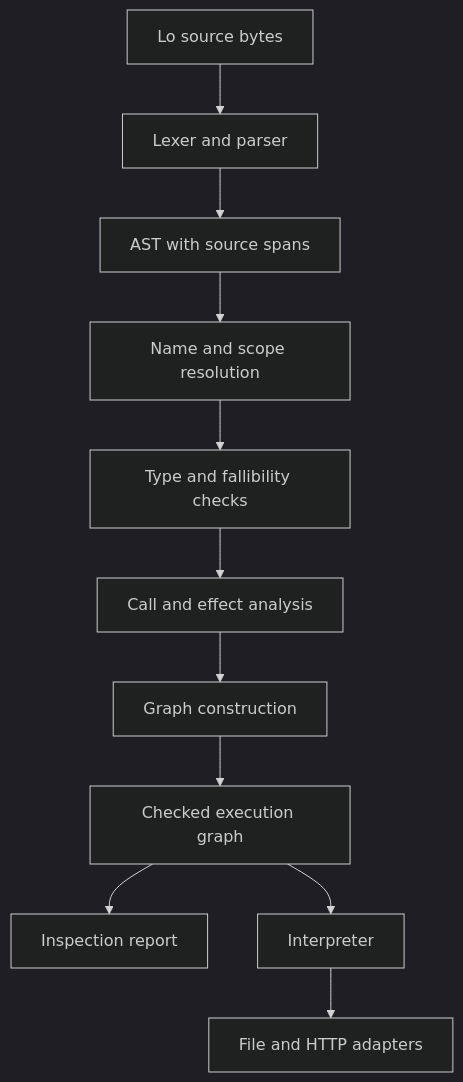
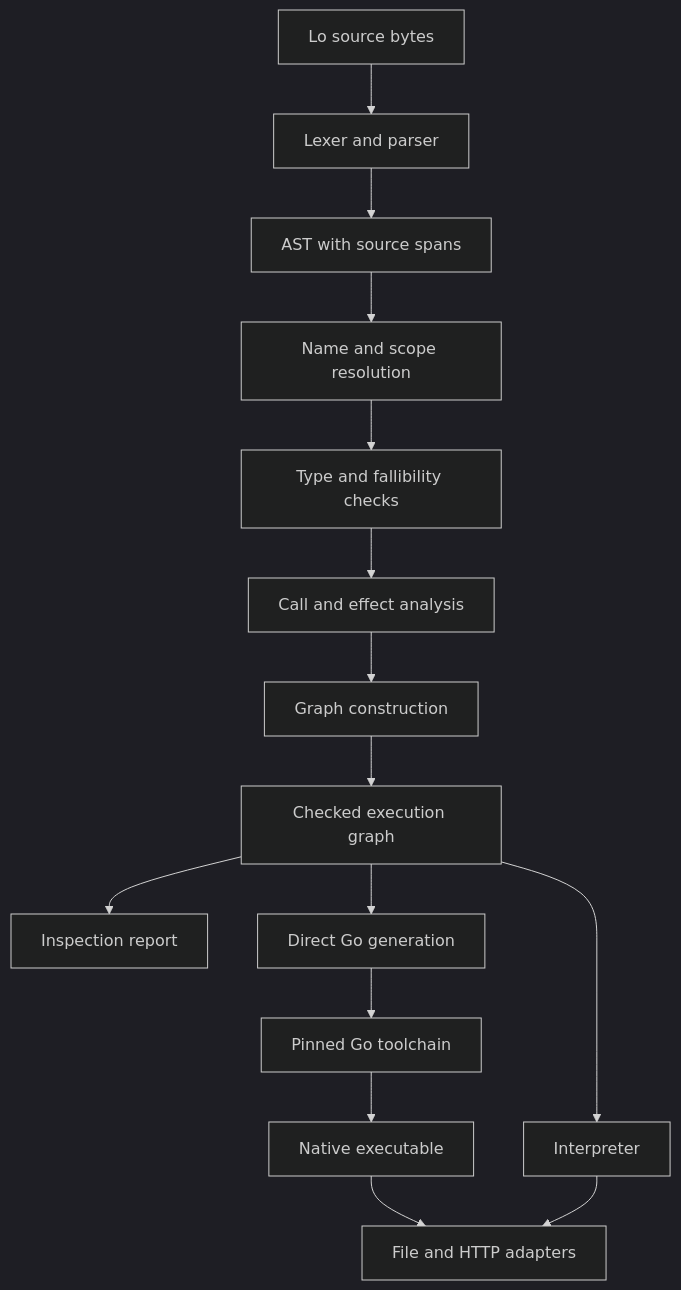
One commit to tyemirov/Lo changed the diagram in docs/compiler-design.md. Above: the diagram before and after it, drawn with Mermaid (dark theme). The commit also changed other lines of this file and 5 other files, not shown here.

````diff
--- a/docs/compiler-design.md
+++ b/docs/compiler-design.md
@@ -115,13 +115,17 @@
 ```mermaid
 flowchart TD
     Source[Lo source bytes] --> Parse[Lexer and parser]
     Parse --> AST[AST with source spans]
     AST --> Resolve[Name and scope resolution]
     Resolve --> Check[Type and fallibility checks]
     Check --> Effects[Call and effect analysis]
     Effects --> Lower[Graph construction]
     Lower --> Graph[Checked execution graph]
     Graph --> Inspect[Inspection report]
     Graph --> Runtime[Interpreter]
+    Graph --> Generate[Direct Go generation]
+    Generate --> Build[Pinned Go toolchain]
+    Build --> Native[Native executable]
+    Native --> Adapters
     Runtime --> Adapters[File and HTTP adapters]
 ```
````
